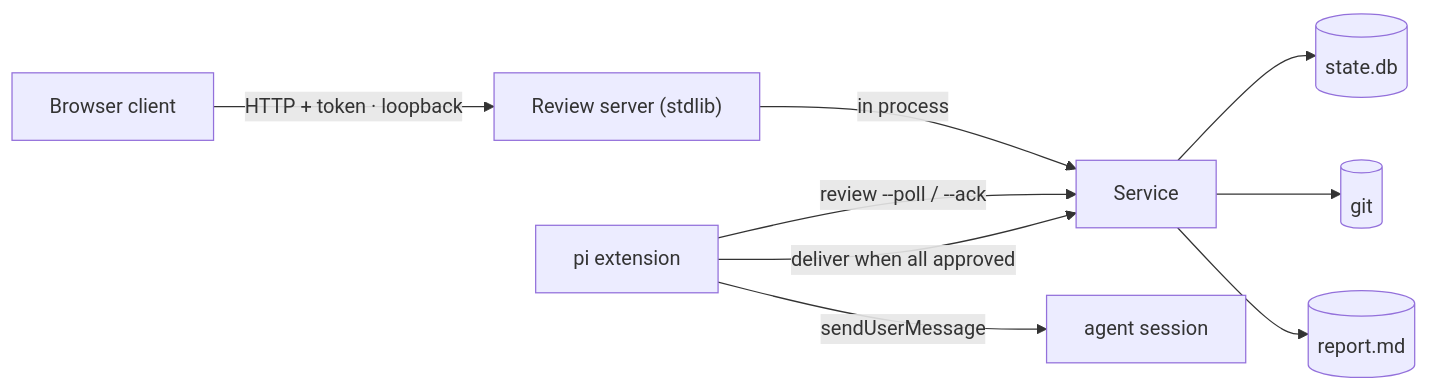
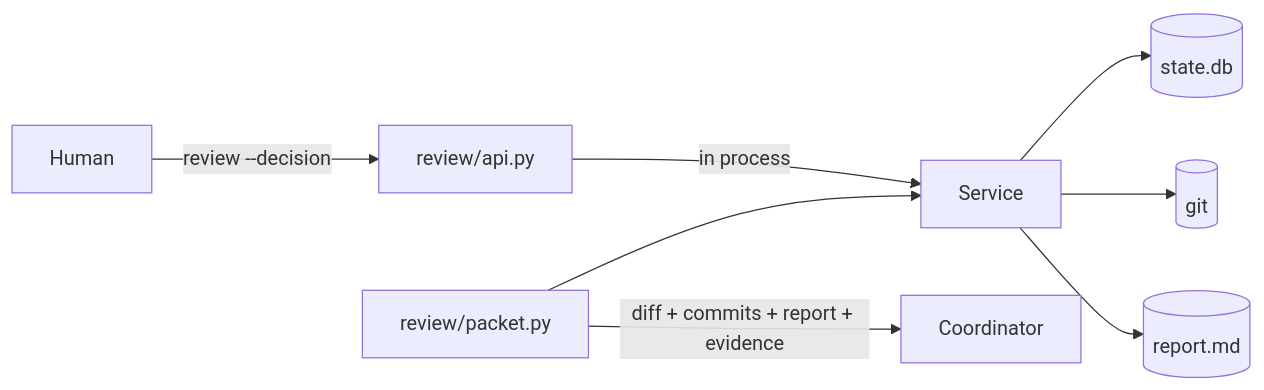
Before and after one commit to ming6ao/sliceme: the diagram in docs/review.md, drawn with Mermaid. The commit also changed other lines of this file and 77 other files, not shown here.

````diff
--- a/docs/review.md
+++ b/docs/review.md
@@ -44,11 +38,10 @@
 ```mermaid
 flowchart LR
-  B["Browser client"] -->|"HTTP + token · loopback"| H["Review server (stdlib)"]
-  H -->|"in process"| S["Service"]
+  H["Human"] -->|"review --decision"| A["review/api.py"]
+  A -->|"in process"| S["Service"]
   S --> D[("state.db")]
   S --> G[("git")]
   S --> R[("report.md")]
-  P["pi extension"] -->|"review --poll / --ack"| S
-  P -->|"deliver when all approved"| S
-  P -->|"sendUserMessage"| A["agent session"]
+  P["review/packet.py"] --> S
+  P -->|"diff + commits + report + evidence"| C["Coordinator"]
 ```
````
